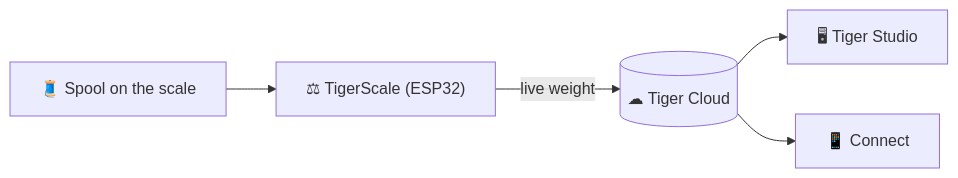
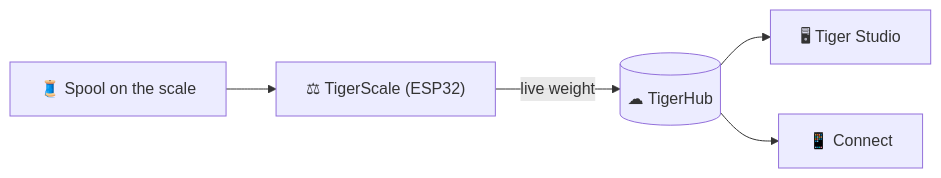
One commit to TigerTag-Project/TigerSystem-Docs changed the diagram in docs/products/tigerscale.md. Above: the diagram before and after it, drawn with Mermaid. The commit also changed other lines of this file and 23 other files, not shown here.

Commit message:
Fix terminology: the Firebase account backbone is TigerHub (drop the invented 'Tiger Cloud' name, merge the two product pages)

````diff
--- a/docs/products/tigerscale.md
+++ b/docs/products/tigerscale.md
@@ -15,6 +15,6 @@
 ```mermaid
 flowchart LR
     SPOOL["🧵 Spool on the scale"] --> SCALE["⚖ TigerScale (ESP32)"]
-    SCALE -- "live weight" --> CLOUD[("☁ Tiger Cloud")]
+    SCALE -- "live weight" --> CLOUD[("☁ TigerHub")]
     CLOUD --> ST["🖥 Tiger Studio"] & CO["📱 Connect"]
 ```
````
